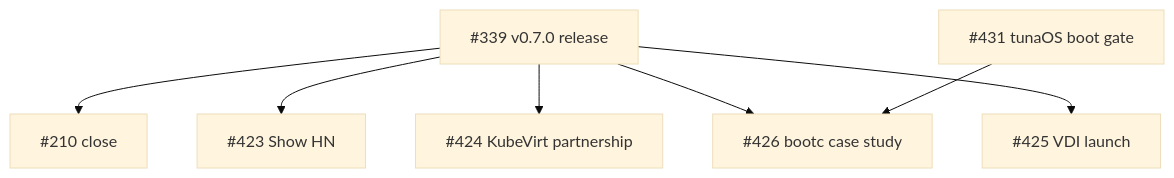
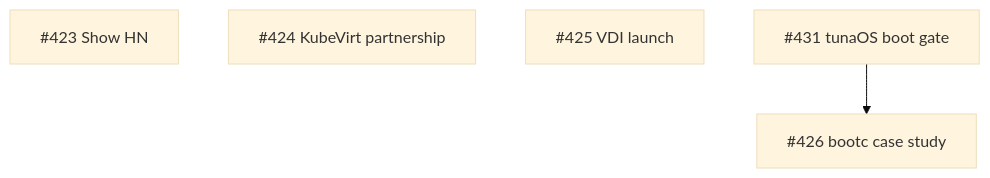
The diagram in ROADMAP.md (tuna-os/corral), drawn with Mermaid (base theme) before and after one commit. The commit also changed other lines of this file, not shown here.

Commit message:
docs(roadmap): v0.7.0 released; launch is next

````diff
--- a/ROADMAP.md
+++ b/ROADMAP.md
@@ -49,9 +48,7 @@
 ```mermaid
 flowchart TD
-  R["#339 v0.7.0 release"] --> C["#210 close"]
-  R --> L1["#423 Show HN"]
-  R --> L4["#424 KubeVirt partnership"]
-  R --> L2["#426 bootc case study"]
-  R --> L3["#425 VDI launch"]
-  BG["#431 tunaOS boot gate"] --> L2
+  L1["#423 Show HN"]
+  L4["#424 KubeVirt partnership"]
+  L3["#425 VDI launch"]
+  BG["#431 tunaOS boot gate"] --> L2["#426 bootc case study"]
 ```
````
